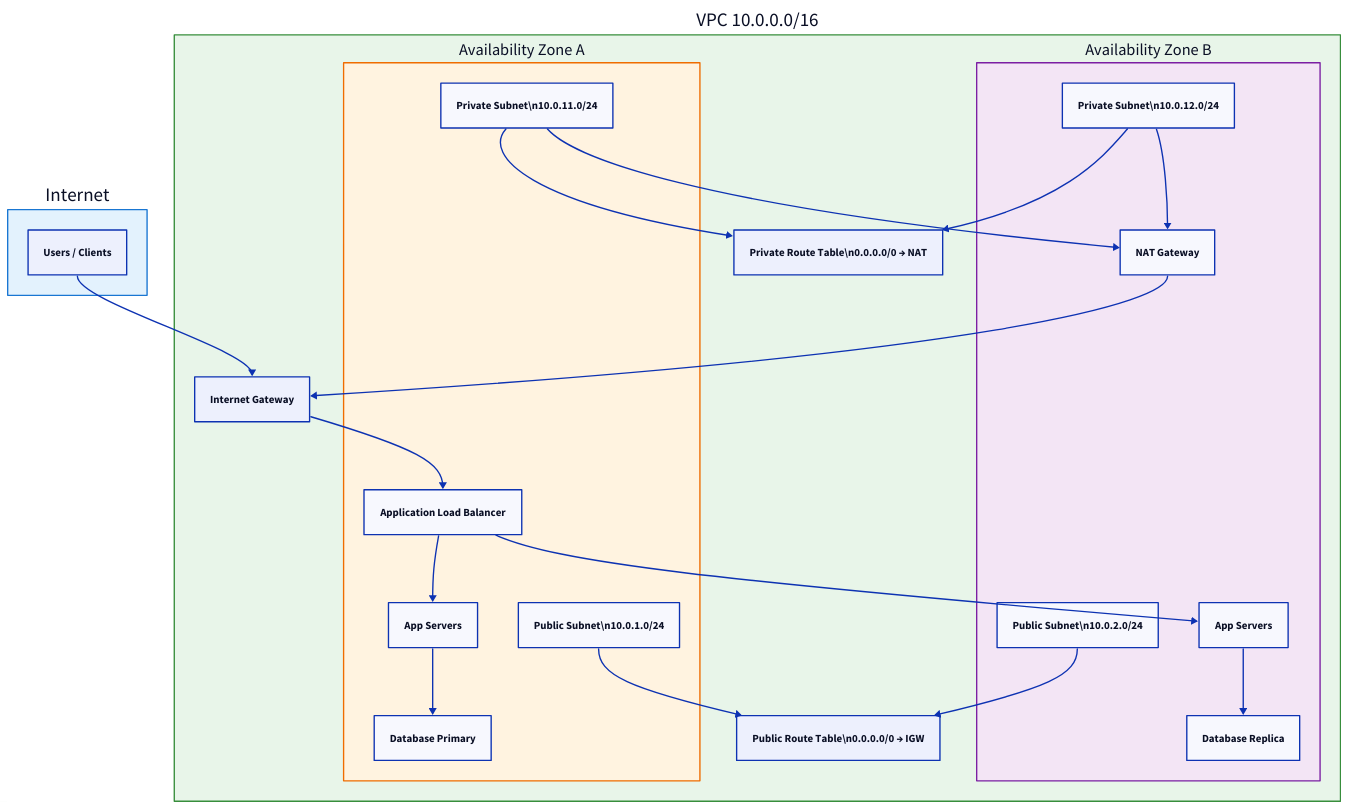
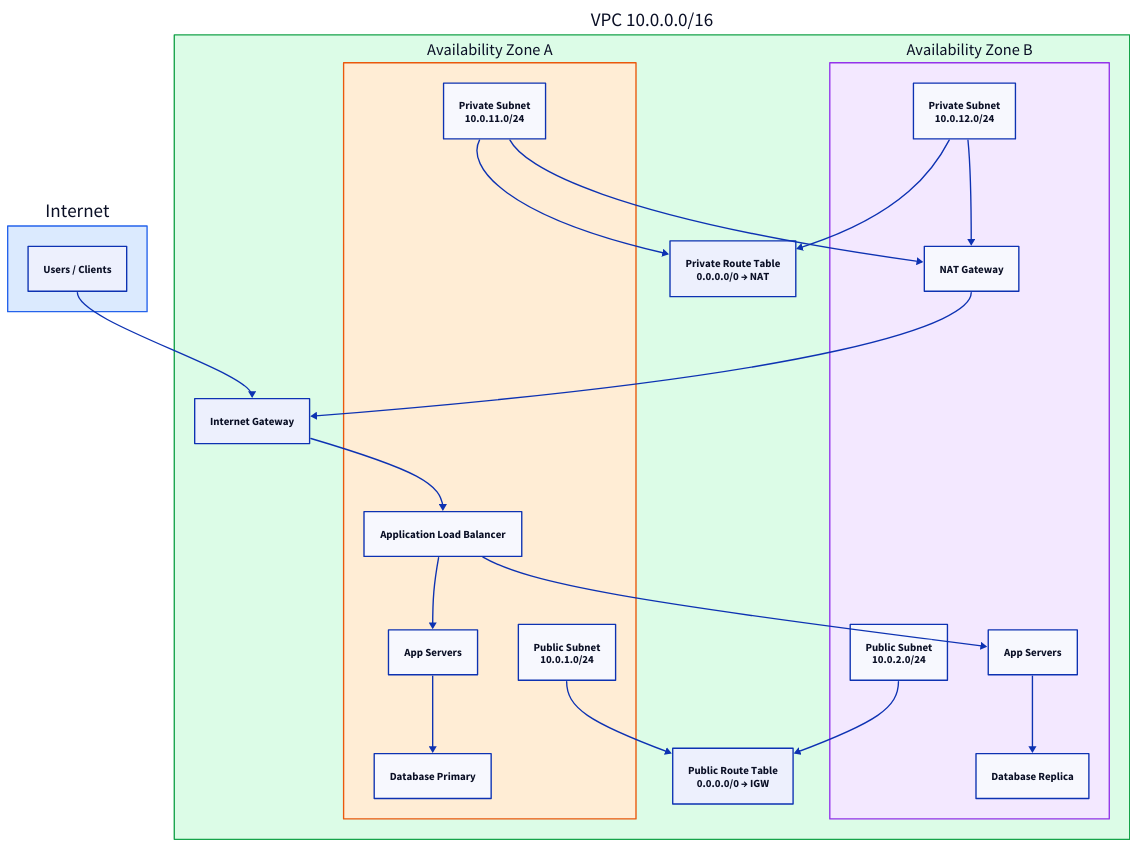
Before and after one commit to rebash-rebash/rebash-academy: the diagram in docs/networking/cloud-networking-vpc-and-subnets.md, drawn with D2. The commit also changed other lines of this file and 177 other files, not shown here.

First line of the commit message:
Ship Terraform track, diagram polish, and new brand favicon.

````diff
--- a/docs/networking/cloud-networking-vpc-and-subnets.md
+++ b/docs/networking/cloud-networking-vpc-and-subnets.md
@@ -57,55 +57,55 @@
 ```d2
 direction: down
 
 Internet: Internet {
       style: {
-        fill: "#e3f2fd"
-        stroke: "#1976d2"
+        fill: "#dbeafe"
+        stroke: "#2563eb"
       }
         Users: "Users / Clients"
     }
     VPC: "VPC 10.0.0.0/16" {
       style: {
-        fill: "#e8f5e9"
-        stroke: "#388e3c"
+        fill: "#dcfce7"
+        stroke: "#16a34a"
       }
         IGW: "Internet Gateway"
         AZ1: "Availability Zone A" {
           style: {
-            fill: "#fff3e0"
-            stroke: "#ef6c00"
+            fill: "#ffedd5"
+            stroke: "#ea580c"
           }
-            PubA: "Public Subnet\\n10.0.1.0/24"
-            PrivA: "Private Subnet\\n10.0.11.0/24"
+            PubA: "Public Subnet\n10.0.1.0/24"
+            PrivA: "Private Subnet\n10.0.11.0/24"
             ALB: "Application Load Balancer"
             AppA: "App Servers"
             DBA: "Database Primary"
         }
         AZ2: "Availability Zone B" {
           style: {
-            fill: "#f3e5f5"
-            stroke: "#7b1fa2"
+            fill: "#f3e8ff"
+            stroke: "#9333ea"
           }
-            PubB: "Public Subnet\\n10.0.2.0/24"
-            PrivB: "Private Subnet\\n10.0.12.0/24"
+            PubB: "Public Subnet\n10.0.2.0/24"
+            PrivB: "Private Subnet\n10.0.12.0/24"
             NAT: "NAT Gateway"
             AppB: "App Servers"
             DBB: "Database Replica"
         }
-        RTpub: "Public Route Table\\n0.0.0.0/0 → IGW"
-        RTpriv: "Private Route Table\\n0.0.0.0/0 → NAT"
+        RTpub: "Public Route Table\n0.0.0.0/0 → IGW"
+        RTpriv: "Private Route Table\n0.0.0.0/0 → NAT"
     }
     Internet.Users -> VPC.IGW
     VPC.IGW -> VPC.AZ1.ALB
     VPC.AZ1.ALB -> VPC.AZ1.AppA
     VPC.AZ1.ALB -> VPC.AZ2.AppB
     VPC.AZ1.AppA -> VPC.AZ1.DBA
     VPC.AZ2.AppB -> VPC.AZ2.DBB
     VPC.AZ1.PrivA -> VPC.AZ2.NAT
     VPC.AZ2.PrivB -> VPC.AZ2.NAT
     VPC.AZ2.NAT -> VPC.IGW
     VPC.AZ1.PubA -> VPC.RTpub
     VPC.AZ2.PubB -> VPC.RTpub
     VPC.AZ1.PrivA -> VPC.RTpriv
     VPC.AZ2.PrivB -> VPC.RTpriv
 ```
````
